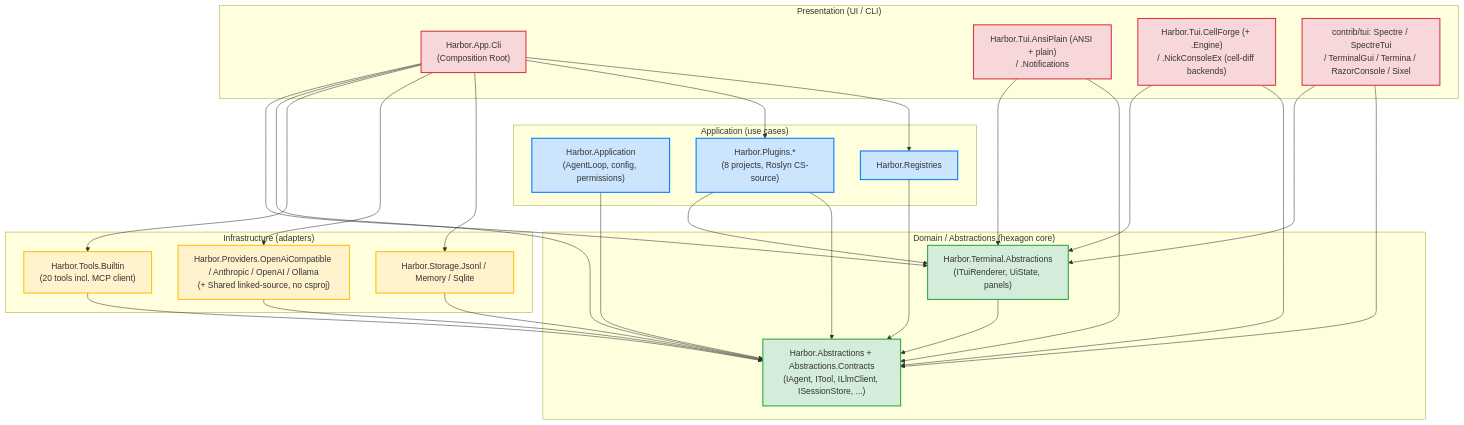
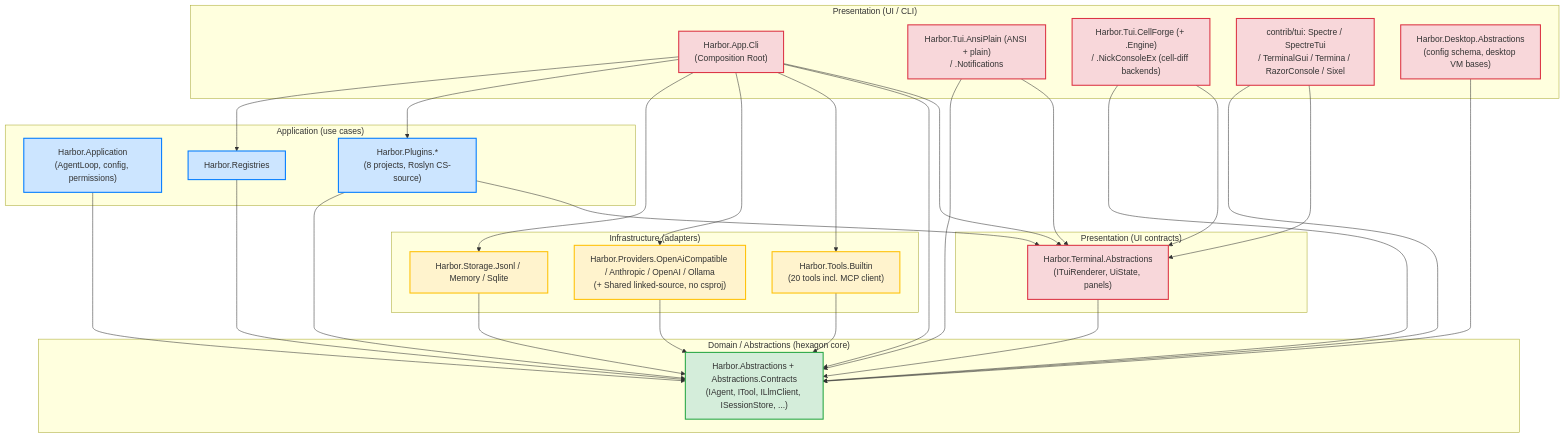
One commit to refusedguy/Harbor-Harness changed the diagram in docs/ARCHITECTURE_LAYERS.md. Above: the diagram before and after it, drawn with Mermaid. The commit also changed other lines of this file, not shown here.

First line of the commit message:
docs(#751): §1 called two Presentation projects Domain, and said so out loud

````diff
--- a/docs/ARCHITECTURE_LAYERS.md
+++ b/docs/ARCHITECTURE_LAYERS.md
@@ -183,62 +214,68 @@
 ```mermaid
 flowchart TB
     subgraph Pres["Presentation (UI / CLI)"]
         Cli["Harbor.App.Cli<br/>(Composition Root)"]
         TuiAnsi["Harbor.Tui.AnsiPlain (ANSI + plain)<br/>/ .Notifications"]
         TuiConsoleEx["Harbor.Tui.CellForge (+ .Engine)<br/>/ .NickConsoleEx (cell-diff backends)"]
         TuiContrib["contrib/tui: Spectre / SpectreTui<br/>/ TerminalGui / Termina / RazorConsole / Sixel"]
+        DesktopAbs["Harbor.Desktop.Abstractions<br/>(config schema, desktop VM bases)"]
     end
 
     subgraph App["Application (use cases)"]
         AppLayer["Harbor.Application<br/>(AgentLoop, config, permissions)"]
         Core["Harbor.Registries"]
         Plugins["Harbor.Plugins.*<br/>(8 projects, Roslyn CS-source)"]
     end
 
     subgraph Infra["Infrastructure (adapters)"]
         Storage["Harbor.Storage.Jsonl / Memory / Sqlite"]
         Providers["Harbor.Providers.OpenAiCompatible / Anthropic / OpenAI / Ollama<br/>(+ Shared linked-source, no csproj)"]
         Tools["Harbor.Tools.Builtin<br/>(20 tools incl. MCP client)"]
     end
 
     subgraph Domain["Domain / Abstractions (hexagon core)"]
         Abs["Harbor.Abstractions + Abstractions.Contracts<br/>(IAgent, ITool, ILlmClient, ISessionStore, ...)"]
+    end
+
+    subgraph UiPres["Presentation (UI contracts)"]
         TuiAbs["Harbor.Terminal.Abstractions<br/>(ITuiRenderer, UiState, panels)"]
     end
 
     Cli --> Core
     Cli --> Plugins
     Cli --> Storage
     Cli --> Providers
     Cli --> Tools
     Cli --> Abs
     Cli --> TuiAbs
+
+    DesktopAbs --> Abs
 
     TuiAnsi --> Abs
     TuiAnsi --> TuiAbs
     TuiConsoleEx --> Abs
     TuiConsoleEx --> TuiAbs
     TuiContrib --> Abs
     TuiContrib --> TuiAbs
 
     AppLayer --> Abs
     Core --> Abs
     Plugins --> Abs
     Plugins --> TuiAbs
 
     Storage --> Abs
     Providers --> Abs
     Tools --> Abs
 
     TuiAbs --> Abs
 
     classDef domain fill:#d4edda,stroke:#28a745,stroke-width:2px
     classDef app fill:#cce5ff,stroke:#007bff,stroke-width:2px
     classDef infra fill:#fff3cd,stroke:#ffc107,stroke-width:2px
     classDef pres fill:#f8d7da,stroke:#dc3545,stroke-width:2px
 
-    class Abs,TuiAbs domain
+    class Abs domain
     class AppLayer,Core,Plugins app
     class Storage,Providers,Tools infra
-    class Cli,TuiAnsi,TuiConsoleEx,TuiContrib pres
+    class Cli,TuiAnsi,TuiConsoleEx,TuiContrib,DesktopAbs,TuiAbs pres
 ```
````
